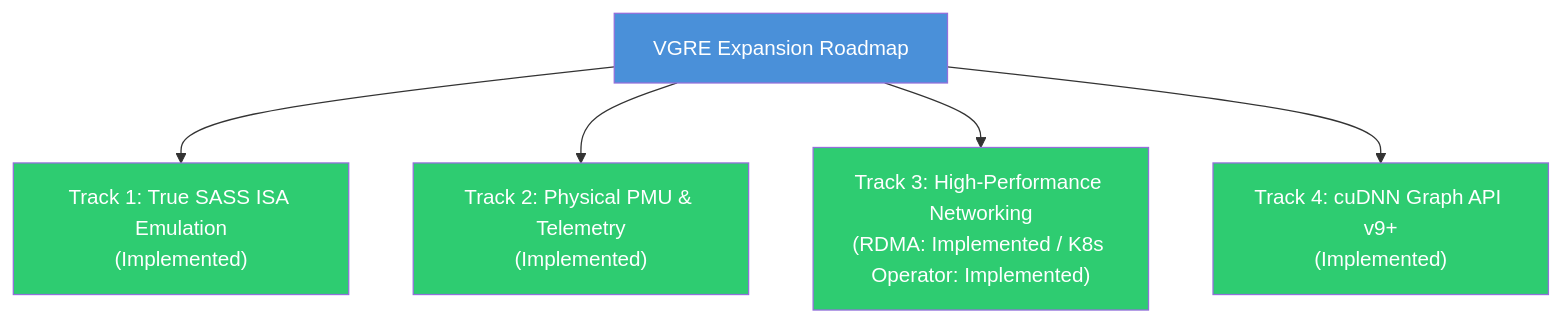
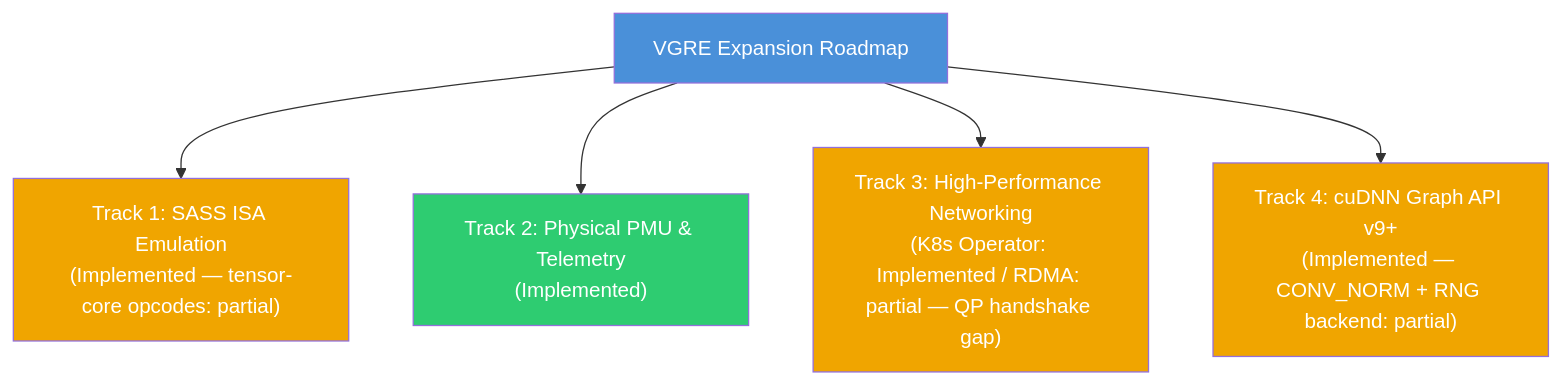
The diagram in docs/implementationPlan.md (etienne0114/vgre), drawn with Mermaid before and after one commit. The commit also changed other lines of this file and 13 other files, not shown here.

First line of the commit message:
fix: Implement 7 real fixes — RDMA QP, SASS tensors, cuDNN CONV_NORM+RNG+BN, gRPC auto, OpenCL transpiler, cuLink LTO

````diff
--- a/docs/implementationPlan.md
+++ b/docs/implementationPlan.md
@@ -15,13 +13,13 @@
 ```mermaid
 graph TD
-    A["VGRE Expansion Roadmap"] --> B["Track 1: True SASS ISA Emulation\n(Implemented)"]
+    A["VGRE Expansion Roadmap"] --> B["Track 1: SASS ISA Emulation\n(Implemented — tensor-core opcodes: partial)"]
     A --> C["Track 2: Physical PMU & Telemetry\n(Implemented)"]
-    A --> D["Track 3: High-Performance Networking\n(RDMA: Implemented / K8s Operator: Implemented)"]
-    A --> E["Track 4: cuDNN Graph API v9+\n(Implemented)"]
+    A --> D["Track 3: High-Performance Networking\n(K8s Operator: Implemented / RDMA: partial — QP handshake gap)"]
+    A --> E["Track 4: cuDNN Graph API v9+\n(Implemented — CONV_NORM + RNG backend: partial)"]
 
     style A fill:#4a90d9,color:#fff
-    style B fill:#2ecc71,color:#fff
+    style B fill:#f0a500,color:#fff
     style C fill:#2ecc71,color:#fff
-    style D fill:#2ecc71,color:#fff
-    style E fill:#2ecc71,color:#fff
+    style D fill:#f0a500,color:#fff
+    style E fill:#f0a500,color:#fff
 ```
````
